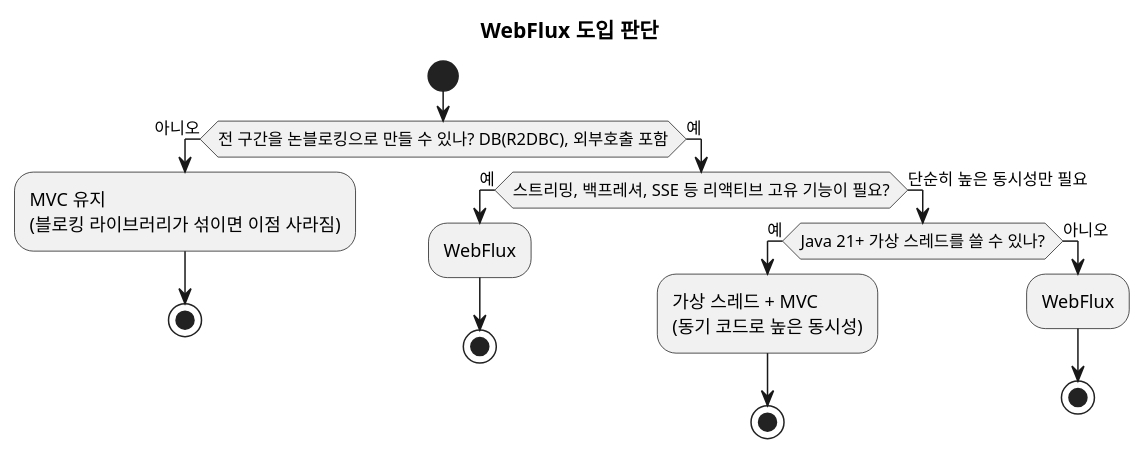
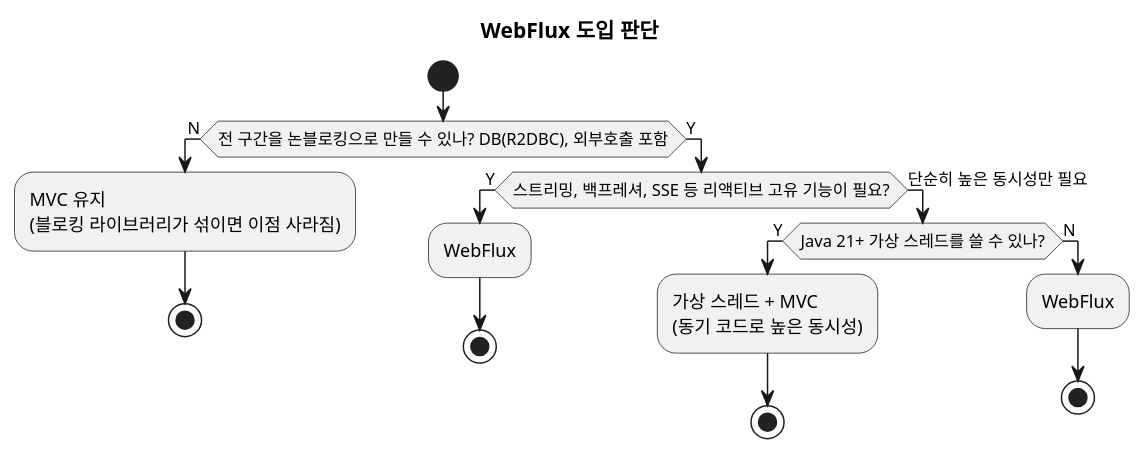
The third of 3 diagrams in blog/2026-09-25-spring-webflux-vs-mvc.mdx (johnycho/johny-dev), drawn with PlantUML before and after one commit. The commit also changed 70 other files, not shown here.

````diff
--- a/blog/2026-09-25-spring-webflux-vs-mvc.mdx
+++ b/blog/2026-09-25-spring-webflux-vs-mvc.mdx
@@ -341,23 +341,23 @@
 ```plantuml
 @startuml
 title WebFlux 도입 판단
 start
-if (전 구간을 논블로킹으로 만들 수 있나? DB(R2DBC), 외부호출 포함) then (아니오)
+if (전 구간을 논블로킹으로 만들 수 있나? DB(R2DBC), 외부호출 포함) then (N)
   :MVC 유지\n(블로킹 라이브러리가 섞이면 이점 사라짐);
   stop
-else (예)
-  if (스트리밍, 백프레셔, SSE 등 리액티브 고유 기능이 필요?) then (예)
+else (Y)
+  if (스트리밍, 백프레셔, SSE 등 리액티브 고유 기능이 필요?) then (Y)
     :WebFlux;
     stop
   else (단순히 높은 동시성만 필요)
-    if (Java 21+ 가상 스레드를 쓸 수 있나?) then (예)
+    if (Java 21+ 가상 스레드를 쓸 수 있나?) then (Y)
       :가상 스레드 + MVC\n(동기 코드로 높은 동시성);
       stop
-    else (아니오)
+    else (N)
       :WebFlux;
       stop
     endif
   endif
 endif
 @enduml
 ```
````
